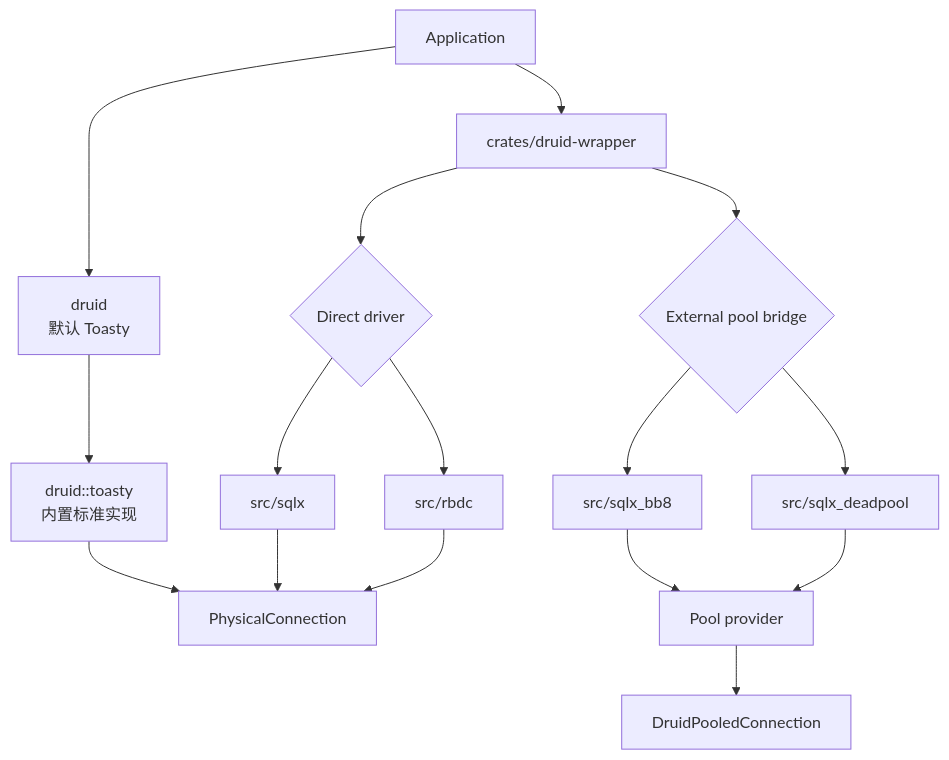
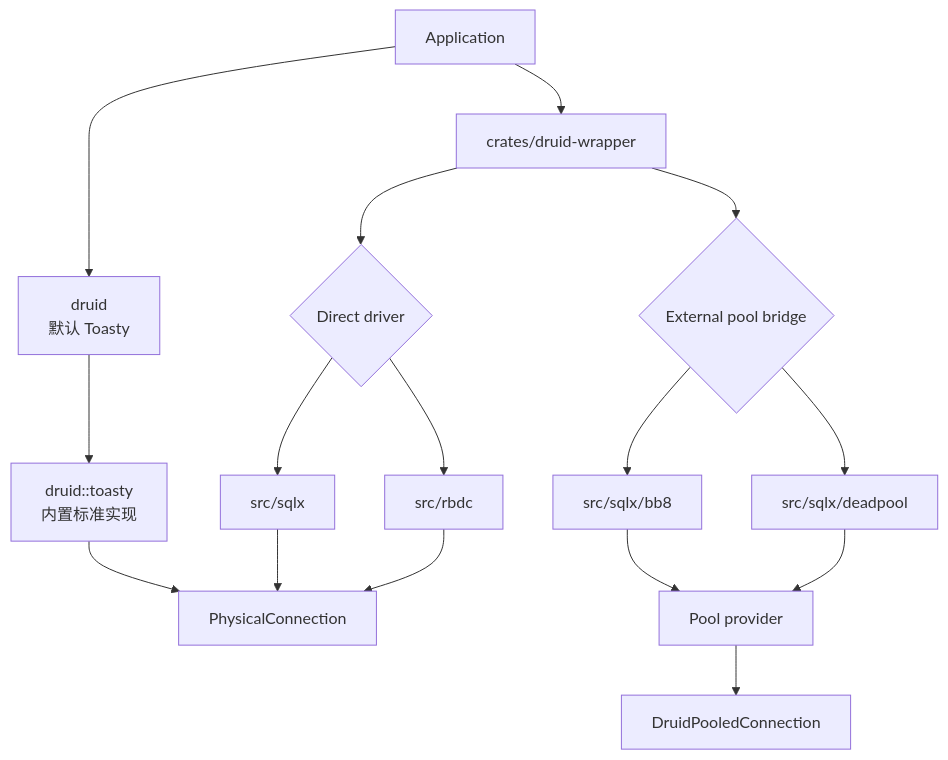
The first of 3 diagrams in docs/druid-wrapper/迁移路线图.md (easy-4-rust/druid-rust), drawn with Mermaid before and after one commit. The commit also changed 196 other files, not shown here.

````diff
--- a/docs/druid-wrapper/迁移路线图.md
+++ b/docs/druid-wrapper/迁移路线图.md
@@ -18,18 +18,18 @@
 ```mermaid
 flowchart TB
     App["Application"] --> Wrapper["crates/druid-wrapper"]
     App --> Druid["druid<br/>默认 Toasty"]
     Druid --> BuiltIn["druid::toasty<br/>内置标准实现"]
     BuiltIn --> Physical["PhysicalConnection"]
     Wrapper --> Direct{"Direct driver"}
     Direct --> Sqlx["src/sqlx"]
     Direct --> Rbdc["src/rbdc"]
     Wrapper --> External{"External pool bridge"}
-    External --> Bb8["src/sqlx_bb8"]
-    External --> Deadpool["src/sqlx_deadpool"]
+    External --> Bb8["src/sqlx/bb8"]
+    External --> Deadpool["src/sqlx/deadpool"]
     Sqlx --> Physical
     Rbdc --> Physical
     Bb8 --> Pool["Pool provider"]
     Deadpool --> Pool
     Pool --> Pooled["DruidPooledConnection"]
 ```
````
